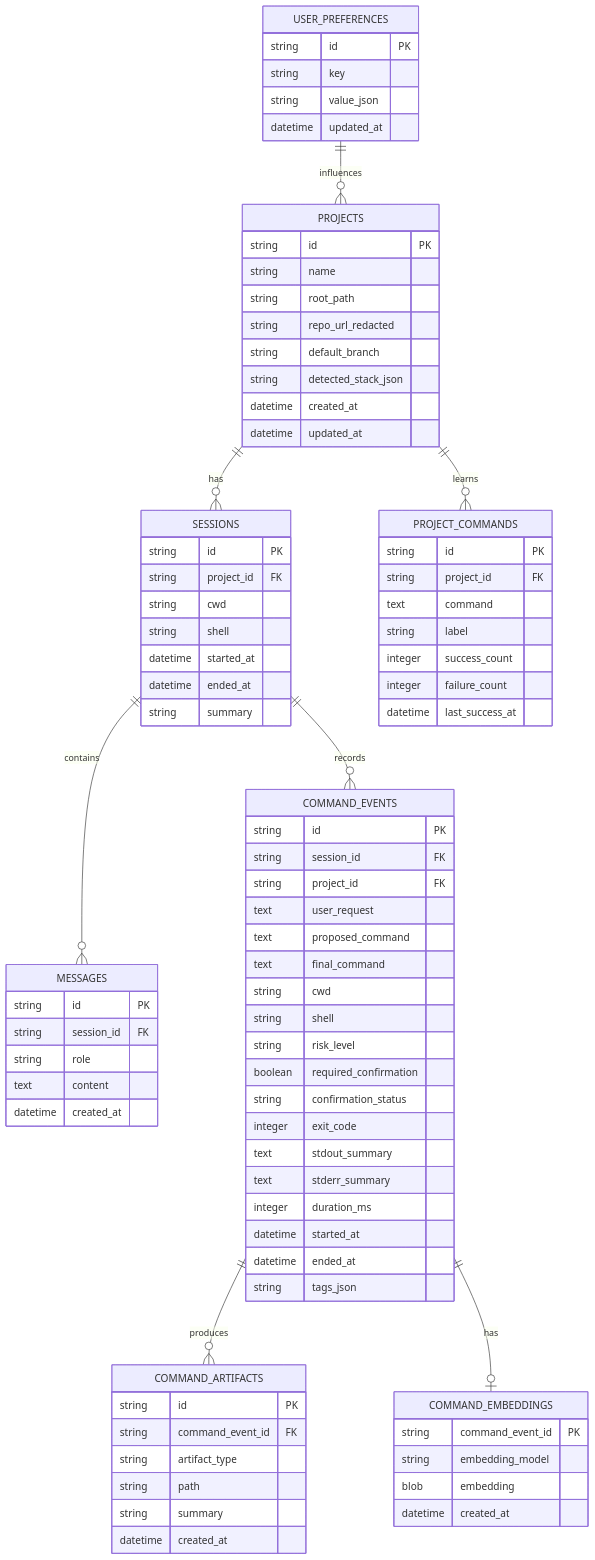
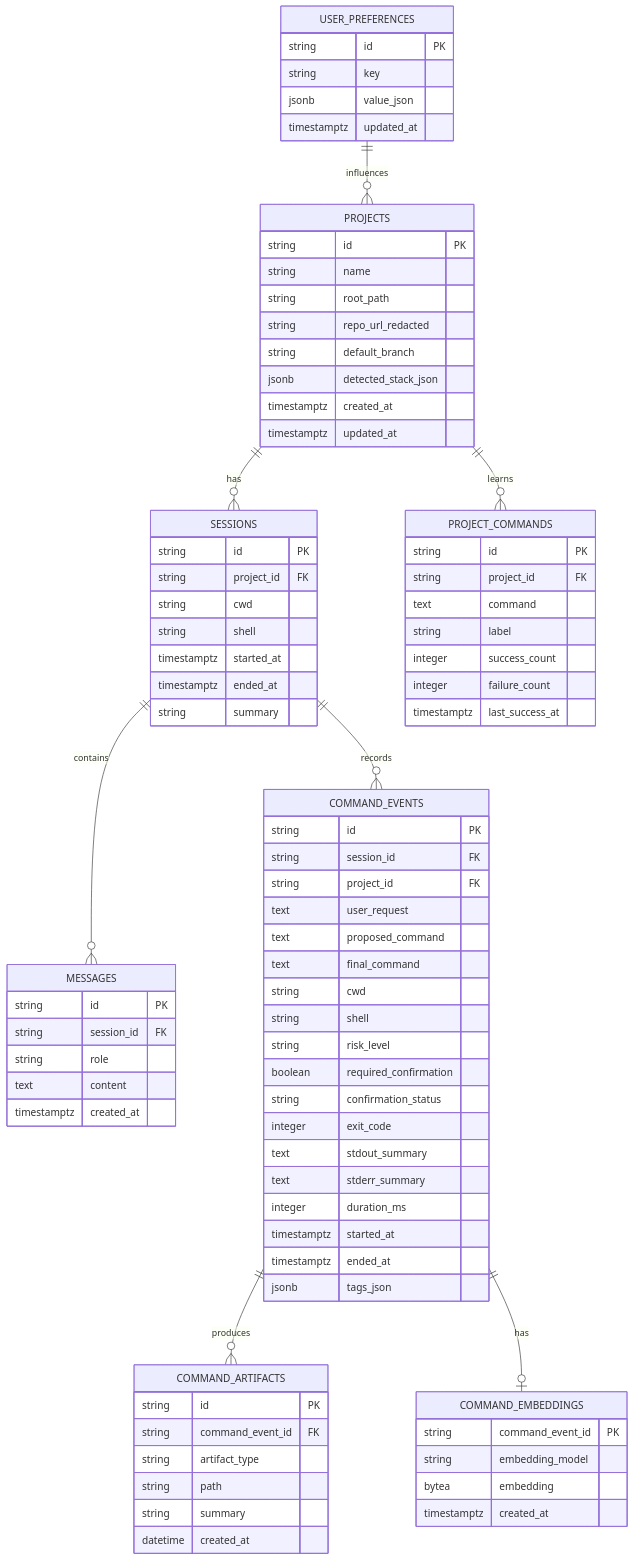
One commit to harshitgupta1998/cli-agent changed the third of 3 diagrams in local_terminal_agent_system_design.md. Above: the diagram before and after it, drawn with Mermaid. The commit also changed other lines of this file and 13 other files, not shown here.

````diff
--- a/local_terminal_agent_system_design.md
+++ b/local_terminal_agent_system_design.md
@@ -367,9 +378,9 @@
         string root_path
         string repo_url_redacted
         string default_branch
-        string detected_stack_json
-        datetime created_at
-        datetime updated_at
+        jsonb detected_stack_json
+        timestamptz created_at
+        timestamptz updated_at
     }
 
     SESSIONS {
@@ -377,8 +388,8 @@
         string project_id FK
         string cwd
         string shell
-        datetime started_at
-        datetime ended_at
+        timestamptz started_at
+        timestamptz ended_at
         string summary
     }
 
@@ -387,7 +398,7 @@
         string session_id FK
         string role
         text content
-        datetime created_at
+        timestamptz created_at
     }
 
     COMMAND_EVENTS {
@@ -406,9 +417,9 @@
         text stdout_summary
         text stderr_summary
         integer duration_ms
-        datetime started_at
-        datetime ended_at
-        string tags_json
+        timestamptz started_at
+        timestamptz ended_at
+        jsonb tags_json
     }
 
     COMMAND_ARTIFACTS {
@@ -423,8 +434,8 @@
     COMMAND_EMBEDDINGS {
         string command_event_id PK
         string embedding_model
-        blob embedding
-        datetime created_at
+        bytea embedding
+        timestamptz created_at
     }
 
     PROJECT_COMMANDS {
@@ -434,13 +445,13 @@
         string label
         integer success_count
         integer failure_count
-        datetime last_success_at
+        timestamptz last_success_at
     }
 
     USER_PREFERENCES {
         string id PK
         string key
-        string value_json
-        datetime updated_at
+        jsonb value_json
+        timestamptz updated_at
     }
 ```
````
